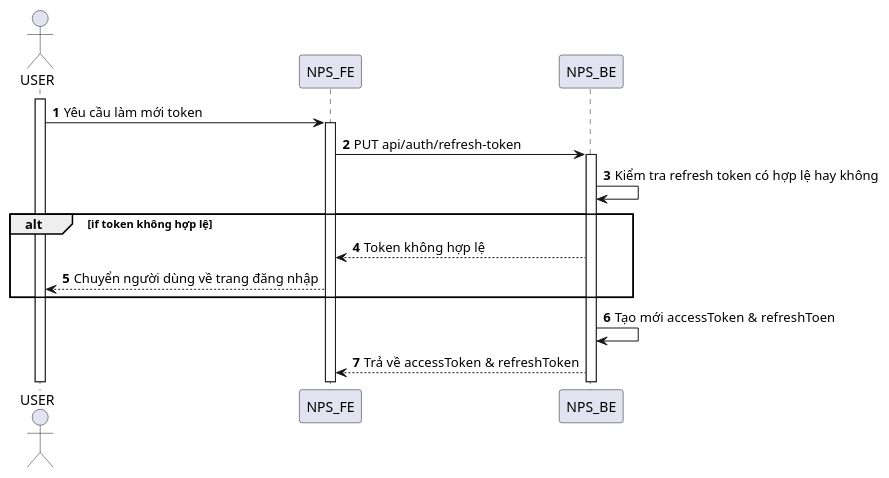
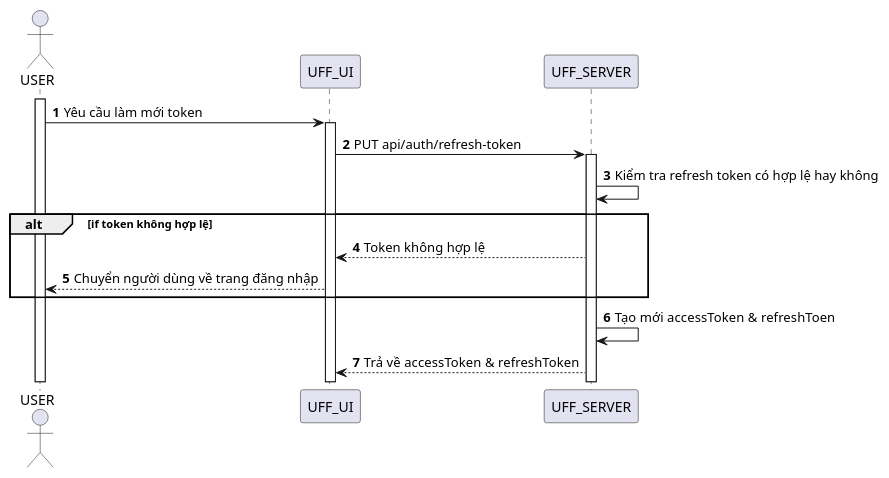
One commit to congdanh0101/fast-food changed the diagram in SequenceDiagram/Authentication/refresh-token.puml. Above: the diagram before and after it, drawn with PlantUML. The commit also changed 177 other files, not shown here.

Commit message:
update sequence

```diff
--- a/SequenceDiagram/Authentication/refresh-token.puml
+++ b/SequenceDiagram/Authentication/refresh-token.puml
@@ -1,16 +1,16 @@
 @startuml
 autonumber
 actor USER
 activate USER
-USER -> NPS_FE: Yêu cầu làm mới token
-activate NPS_FE
-NPS_FE -> NPS_BE: PUT api/auth/refresh-token
-activate NPS_BE
-NPS_BE -> NPS_BE: Kiểm tra refresh token có hợp lệ hay không
+USER -> UFF_UI: Yêu cầu làm mới token
+activate UFF_UI
+UFF_UI -> UFF_SERVER: PUT api/auth/refresh-token
+activate UFF_SERVER
+UFF_SERVER -> UFF_SERVER: Kiểm tra refresh token có hợp lệ hay không
 alt if token không hợp lệ
-NPS_BE --> NPS_FE: Token không hợp lệ
-NPS_FE --> USER: Chuyển người dùng về trang đăng nhập
+UFF_SERVER --> UFF_UI: Token không hợp lệ
+UFF_UI --> USER: Chuyển người dùng về trang đăng nhập
 end 
-NPS_BE -> NPS_BE: Tạo mới accessToken & refreshToen
-NPS_BE --> NPS_FE: Trả về accessToken & refreshToken
+UFF_SERVER -> UFF_SERVER: Tạo mới accessToken & refreshToen
+UFF_SERVER --> UFF_UI: Trả về accessToken & refreshToken
 @enduml
```
